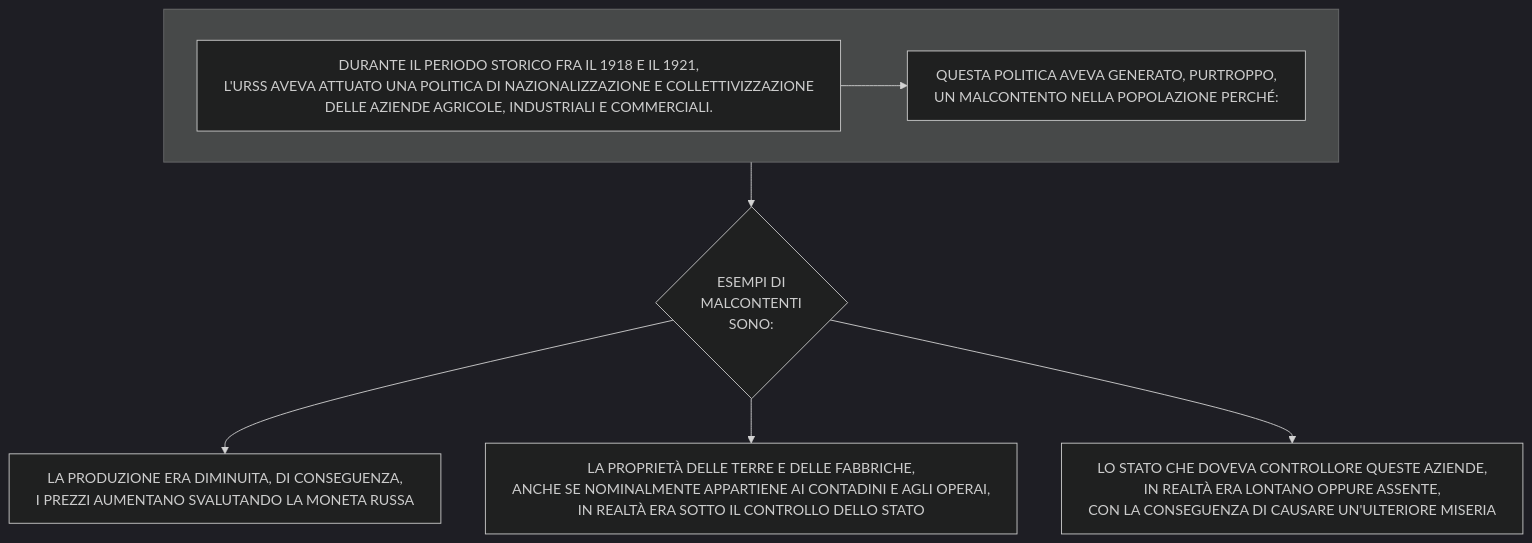
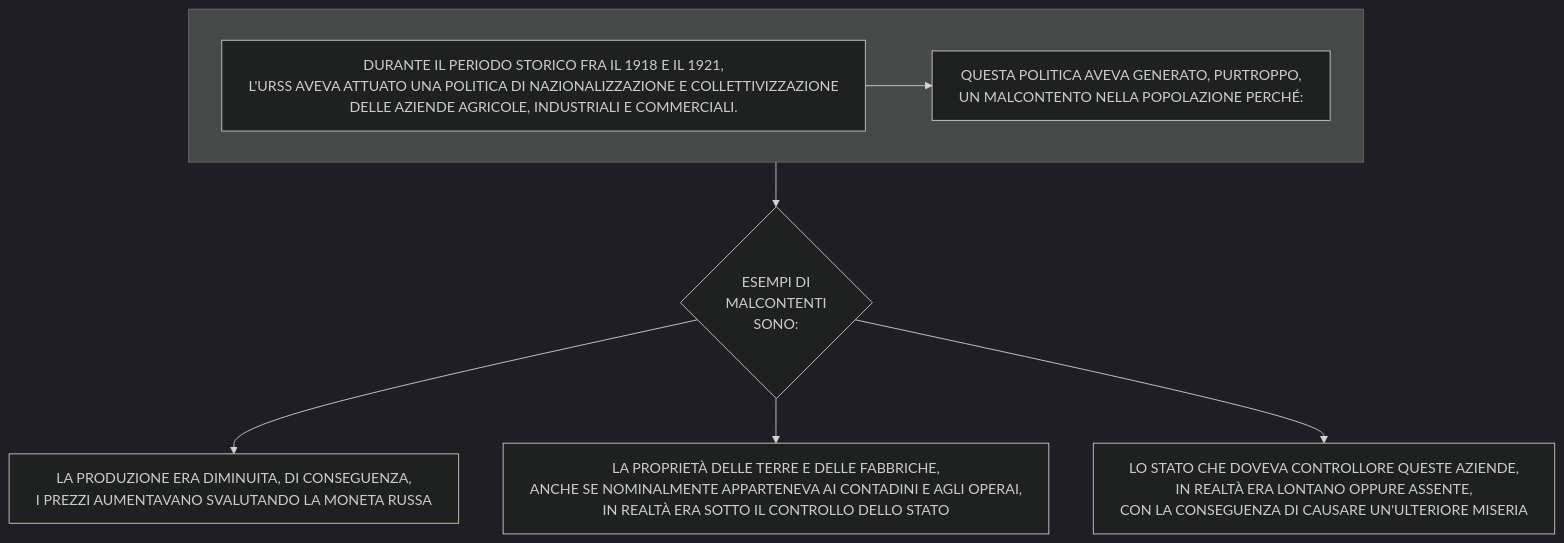
Diagram 17 of 22 in stalinismoRiscrittura.md (Laaouatni/ricerca-storia-MermaidJS), drawn with Mermaid (dark theme) before and after one commit.

````diff
--- a/stalinismoRiscrittura.md
+++ b/stalinismoRiscrittura.md
@@ -335,15 +335,15 @@
 ```mermaid
 %%{init: { "flowchart": { "wrappingWidth": 800 } }}%%
 flowchart TB
   subgraph 3[" "]
     0[DURANTE IL PERIODO STORICO FRA IL 1918 E IL 1921, <br>L'URSS AVEVA ATTUATO UNA POLITICA DI NAZIONALIZZAZIONE E COLLETTIVIZZAZIONE <br>DELLE AZIENDE AGRICOLE, INDUSTRIALI E COMMERCIALI.]
     1[QUESTA POLITICA AVEVA GENERATO, PURTROPPO, <br>UN MALCONTENTO NELLA POPOLAZIONE PERCHÉ:]
   end
   2{ESEMPI DI <BR>MALCONTENTI <BR>SONO:}
-  20[LA PRODUZIONE ERA DIMINUITA, DI CONSEGUENZA, <br>I PREZZI AUMENTANO SVALUTANDO LA MONETA RUSSA]
-  21[LA PROPRIETÀ DELLE TERRE E DELLE FABBRICHE, <br>ANCHE SE NOMINALMENTE APPARTIENE AI CONTADINI E AGLI OPERAI, <br>IN REALTÀ ERA SOTTO IL CONTROLLO DELLO STATO]
+  20[LA PRODUZIONE ERA DIMINUITA, DI CONSEGUENZA, <br>I PREZZI AUMENTAVANO SVALUTANDO LA MONETA RUSSA]
+  21[LA PROPRIETÀ DELLE TERRE E DELLE FABBRICHE, <br>ANCHE SE NOMINALMENTE APPARTENEVA AI CONTADINI E AGLI OPERAI, <br>IN REALTÀ ERA SOTTO IL CONTROLLO DELLO STATO]
   22[LO STATO CHE DOVEVA CONTROLLORE QUESTE AZIENDE, <br>IN REALTÀ ERA LONTANO OPPURE ASSENTE, <br>CON LA CONSEGUENZA DI CAUSARE UN'ULTERIORE MISERIA]
   0 --> 1 
   3 --> 2
   2 --> 20 & 21 & 22
 ```
````
